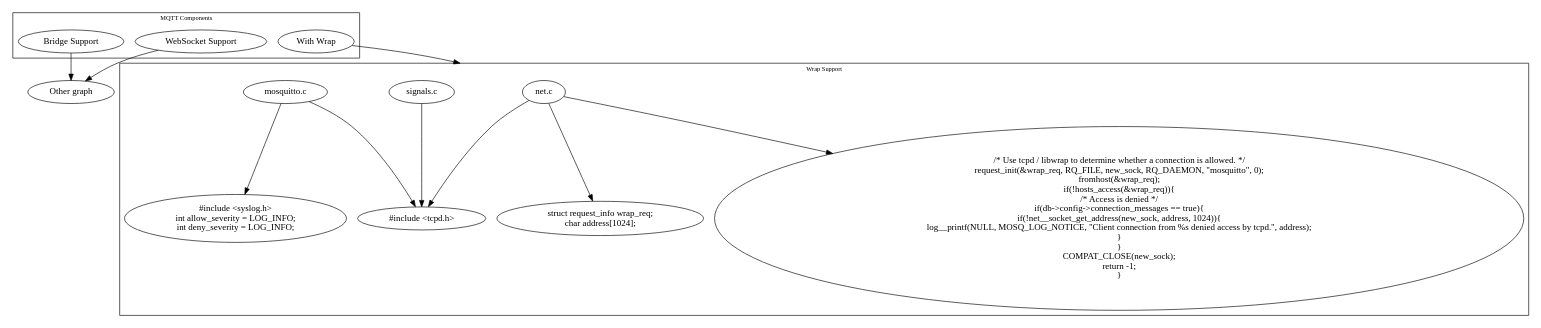
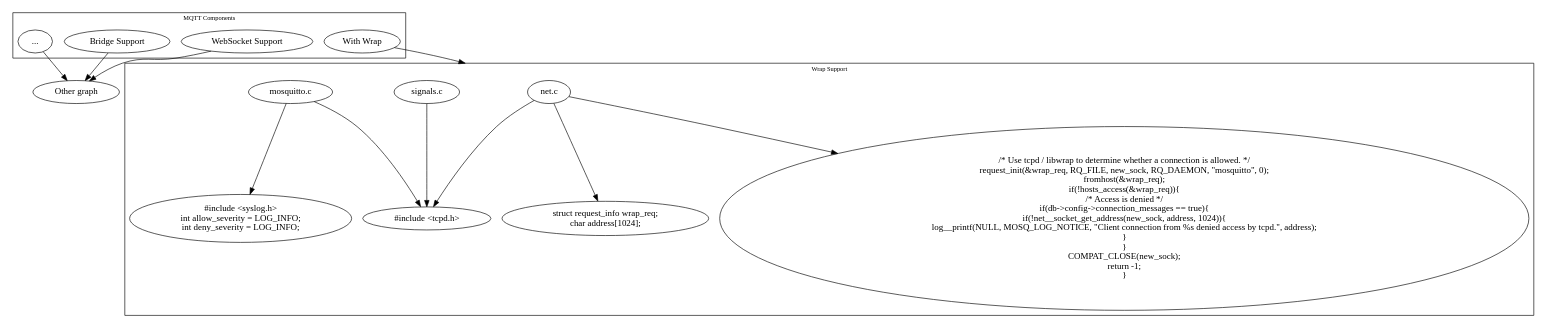
One commit to ldklab/PRAT-old changed the diagram in graphs/mosquitto_wrap.dot. Above: the diagram before and after it, drawn with Graphviz.

Commit message:
Updated graph for presentation

```diff
--- a/graphs/mosquitto_wrap.dot
+++ b/graphs/mosquitto_wrap.dot
@@ -1,44 +1,46 @@
 // Testing manually-constructing a simple digraph from the Make/config files.
 digraph G {
 	graph [fontsize=10 fontname="Verdana" compound=true];
 
 	subgraph cluster_components {
 		label="MQTT Components";
 		"WebSocket Support";
 		"Bridge Support";
 		"With Wrap";
+		"..."
 	}
 
 	subgraph cluster_wrap {
 		label="Wrap Support";
 		"signals.c" -> "#include <tcpd.h>";
 
 		"net.c" -> "#include <tcpd.h>";
 		"net.c" -> "struct request_info wrap_req;
 	char address[1024];";
 		"net.c" -> "/* Use tcpd / libwrap to determine whether a connection is allowed. */
 	request_init(&wrap_req, RQ_FILE, new_sock, RQ_DAEMON, \"mosquitto\", 0);
 	fromhost(&wrap_req);
 	if(!hosts_access(&wrap_req)){
 		/* Access is denied */
 		if(db->config->connection_messages == true){
 			if(!net__socket_get_address(new_sock, address, 1024)){
 				log__printf(NULL, MOSQ_LOG_NOTICE, \"Client connection from %s denied access by tcpd.\", address);
 			}
 		}
 		COMPAT_CLOSE(new_sock);
 		return -1;
 	}";
 
 		"mosquitto.c" -> "#include <tcpd.h>";
 		"mosquitto.c" -> "#include <syslog.h>
 int allow_severity = LOG_INFO;
 int deny_severity = LOG_INFO;";
 
 	}
 
 	"With Wrap" -> "net.c" [lhead=cluster_wrap];
 	"Bridge Support" -> "Other graph";
 	"WebSocket Support" -> "Other graph";
+	"..." -> "Other graph";
 
 }
```
